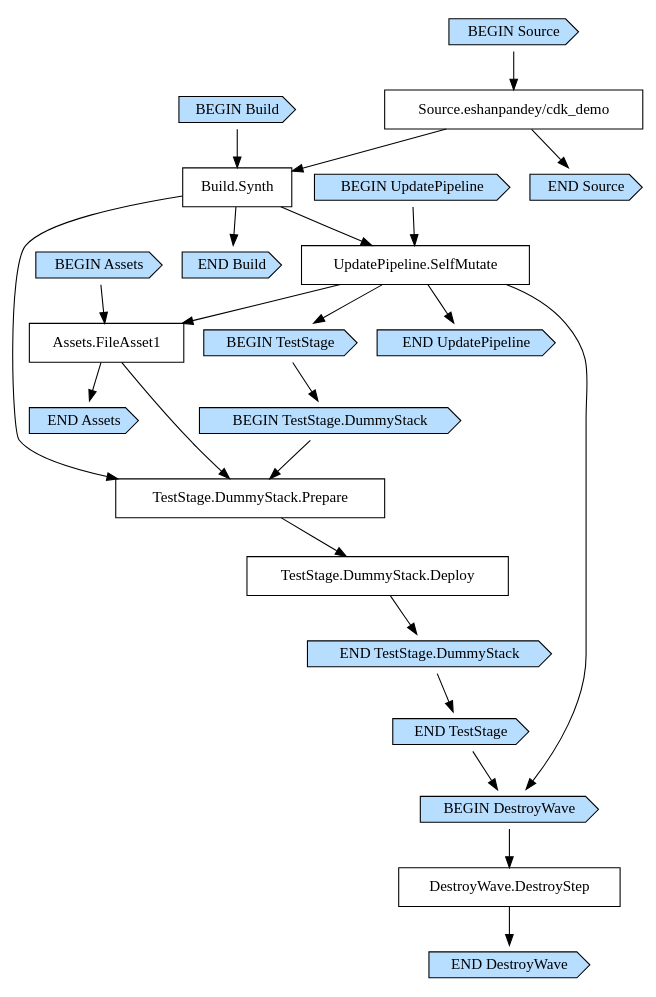
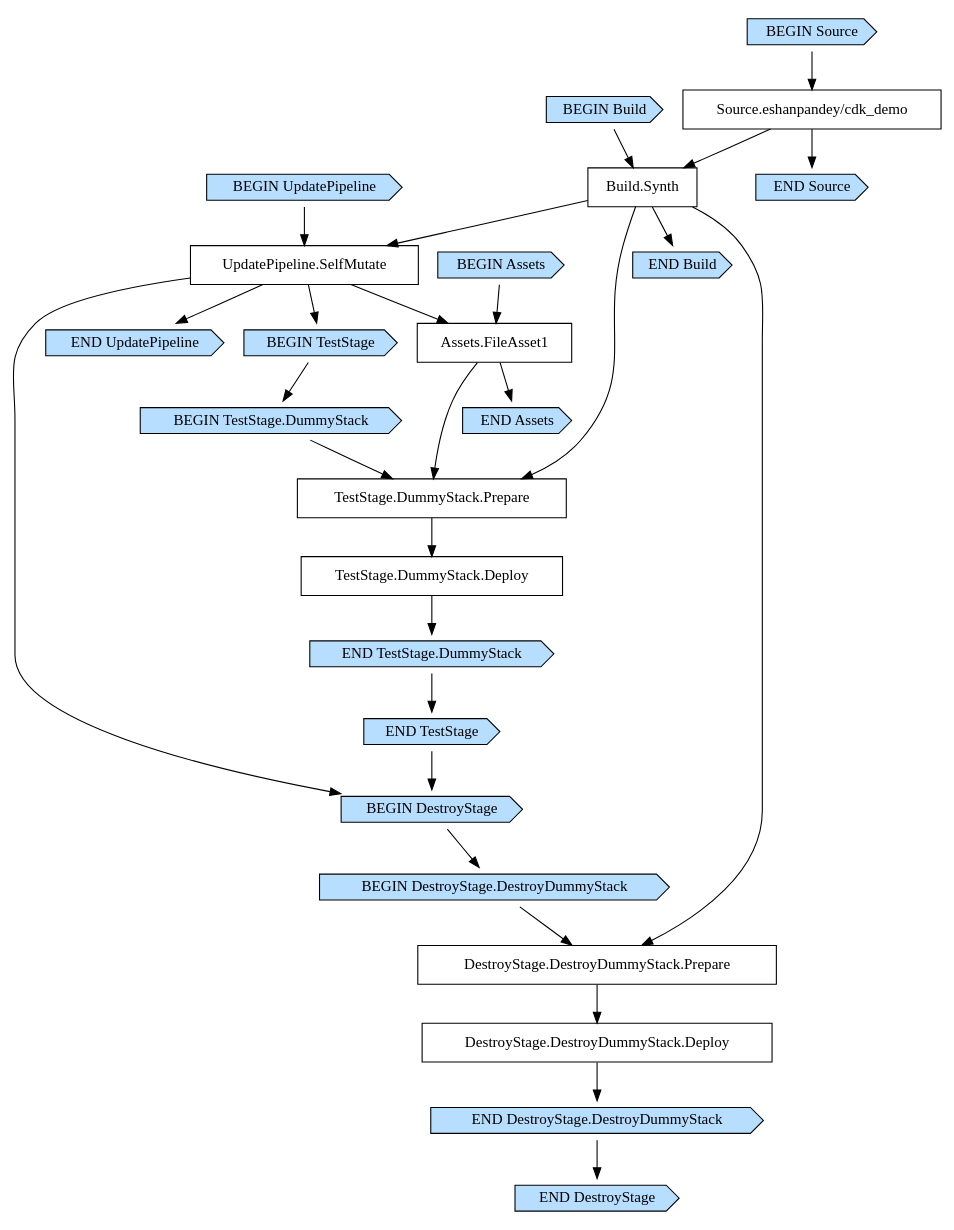
The diagram in cdk.out/PipelineStackPipeline9DB740AF.dot (eshanpandey/cdk_demo), drawn with Graphviz before and after one commit. The commit also changed 12 other files, not shown here.

```diff
--- a/cdk.out/PipelineStackPipeline9DB740AF.dot
+++ b/cdk.out/PipelineStackPipeline9DB740AF.dot
@@ -1,51 +1,58 @@
 digraph G {
   # Arrows represent an "unlocks" relationship (opposite of dependency). So chosen
   # because the layout looks more natural that way.
   # To represent subgraph dependencies, subgraphs are represented by BEGIN/END nodes.
   # To render: `dot -Tsvg PipelineStackPipeline9DB740AF.dot > graph.svg`, open in a browser.
   node [shape="box"];
 "BEGIN Build" [shape="cds", style="filled", fillcolor="#b7deff"];
 "END Build" [shape="cds", style="filled", fillcolor="#b7deff"];
 "Build.Synth";
 "Source.eshanpandey/cdk_demo" -> "Build.Synth";
 "BEGIN Build" -> "Build.Synth";
 "Build.Synth" -> "END Build";
 "BEGIN UpdatePipeline" [shape="cds", style="filled", fillcolor="#b7deff"];
 "END UpdatePipeline" [shape="cds", style="filled", fillcolor="#b7deff"];
 "UpdatePipeline.SelfMutate";
 "Build.Synth" -> "UpdatePipeline.SelfMutate";
 "BEGIN UpdatePipeline" -> "UpdatePipeline.SelfMutate";
 "UpdatePipeline.SelfMutate" -> "END UpdatePipeline";
 "BEGIN Assets" [shape="cds", style="filled", fillcolor="#b7deff"];
 "END Assets" [shape="cds", style="filled", fillcolor="#b7deff"];
 "Assets.FileAsset1";
 "UpdatePipeline.SelfMutate" -> "Assets.FileAsset1";
 "BEGIN Assets" -> "Assets.FileAsset1";
 "Assets.FileAsset1" -> "END Assets";
 "BEGIN TestStage" [shape="cds", style="filled", fillcolor="#b7deff"];
 "END TestStage" [shape="cds", style="filled", fillcolor="#b7deff"];
 "UpdatePipeline.SelfMutate" -> "BEGIN TestStage";
 "BEGIN TestStage.DummyStack" [shape="cds", style="filled", fillcolor="#b7deff"];
 "END TestStage.DummyStack" [shape="cds", style="filled", fillcolor="#b7deff"];
 "TestStage.DummyStack.Deploy";
 "TestStage.DummyStack.Prepare" -> "TestStage.DummyStack.Deploy";
 "TestStage.DummyStack.Prepare";
 "Build.Synth" -> "TestStage.DummyStack.Prepare";
 "Assets.FileAsset1" -> "TestStage.DummyStack.Prepare";
 "BEGIN TestStage.DummyStack" -> "TestStage.DummyStack.Prepare";
 "TestStage.DummyStack.Deploy" -> "END TestStage.DummyStack";
 "BEGIN TestStage" -> "BEGIN TestStage.DummyStack";
 "END TestStage.DummyStack" -> "END TestStage";
-"BEGIN DestroyWave" [shape="cds", style="filled", fillcolor="#b7deff"];
-"END DestroyWave" [shape="cds", style="filled", fillcolor="#b7deff"];
-"UpdatePipeline.SelfMutate" -> "BEGIN DestroyWave";
-"END TestStage" -> "BEGIN DestroyWave";
-"DestroyWave.DestroyStep";
-"BEGIN DestroyWave" -> "DestroyWave.DestroyStep";
-"DestroyWave.DestroyStep" -> "END DestroyWave";
+"BEGIN DestroyStage" [shape="cds", style="filled", fillcolor="#b7deff"];
+"END DestroyStage" [shape="cds", style="filled", fillcolor="#b7deff"];
+"UpdatePipeline.SelfMutate" -> "BEGIN DestroyStage";
+"END TestStage" -> "BEGIN DestroyStage";
+"BEGIN DestroyStage.DestroyDummyStack" [shape="cds", style="filled", fillcolor="#b7deff"];
+"END DestroyStage.DestroyDummyStack" [shape="cds", style="filled", fillcolor="#b7deff"];
+"DestroyStage.DestroyDummyStack.Deploy";
+"DestroyStage.DestroyDummyStack.Prepare" -> "DestroyStage.DestroyDummyStack.Deploy";
+"DestroyStage.DestroyDummyStack.Prepare";
+"Build.Synth" -> "DestroyStage.DestroyDummyStack.Prepare";
+"BEGIN DestroyStage.DestroyDummyStack" -> "DestroyStage.DestroyDummyStack.Prepare";
+"DestroyStage.DestroyDummyStack.Deploy" -> "END DestroyStage.DestroyDummyStack";
+"BEGIN DestroyStage" -> "BEGIN DestroyStage.DestroyDummyStack";
+"END DestroyStage.DestroyDummyStack" -> "END DestroyStage";
 "BEGIN Source" [shape="cds", style="filled", fillcolor="#b7deff"];
 "END Source" [shape="cds", style="filled", fillcolor="#b7deff"];
 "Source.eshanpandey/cdk_demo";
 "BEGIN Source" -> "Source.eshanpandey/cdk_demo";
 "Source.eshanpandey/cdk_demo" -> "END Source";
 }
```
